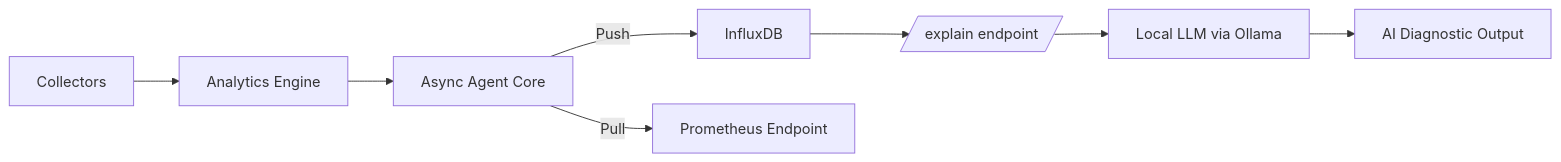
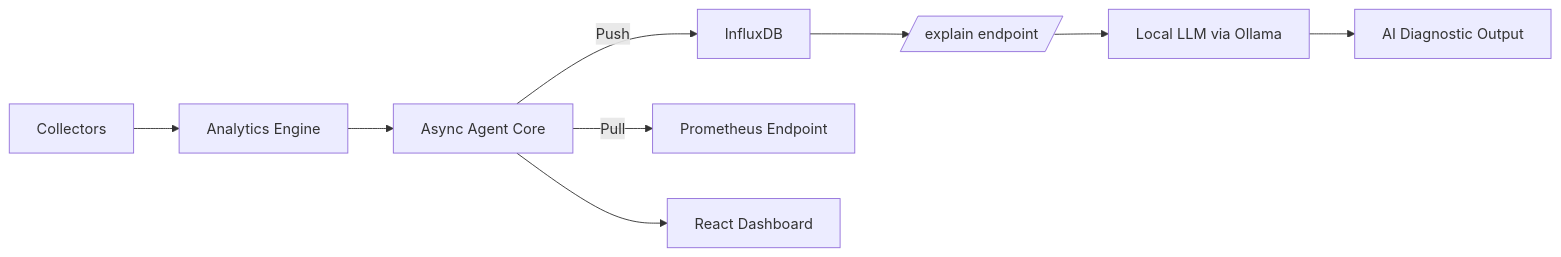
Before and after one commit to Ahmedaltu/NetMonitor: the diagram in README.md, drawn with Mermaid. The commit also changed other lines of this file and 3 other files, not shown here.

````diff
--- a/README.md
+++ b/README.md
@@ -31,11 +33,11 @@
 ```mermaid
 flowchart LR
     C[Collectors] --> A[Analytics Engine]
     A --> AG[Async Agent Core]
     AG -->|Push| I[InfluxDB]
     AG -->|Pull| P[Prometheus Endpoint]
-
+    AG --> D[React Dashboard]
     I --> E[/explain endpoint/]
     E --> L[Local LLM via Ollama]
     L --> R[AI Diagnostic Output]
 ```
````
